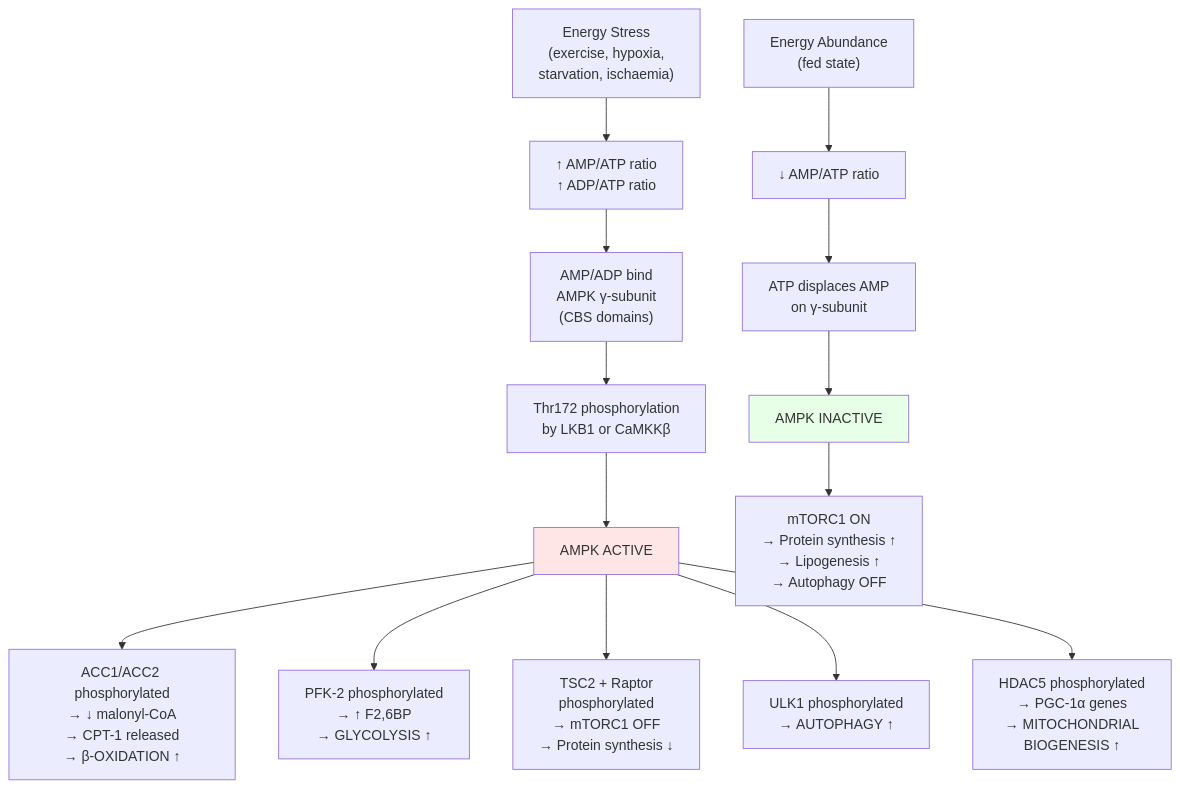
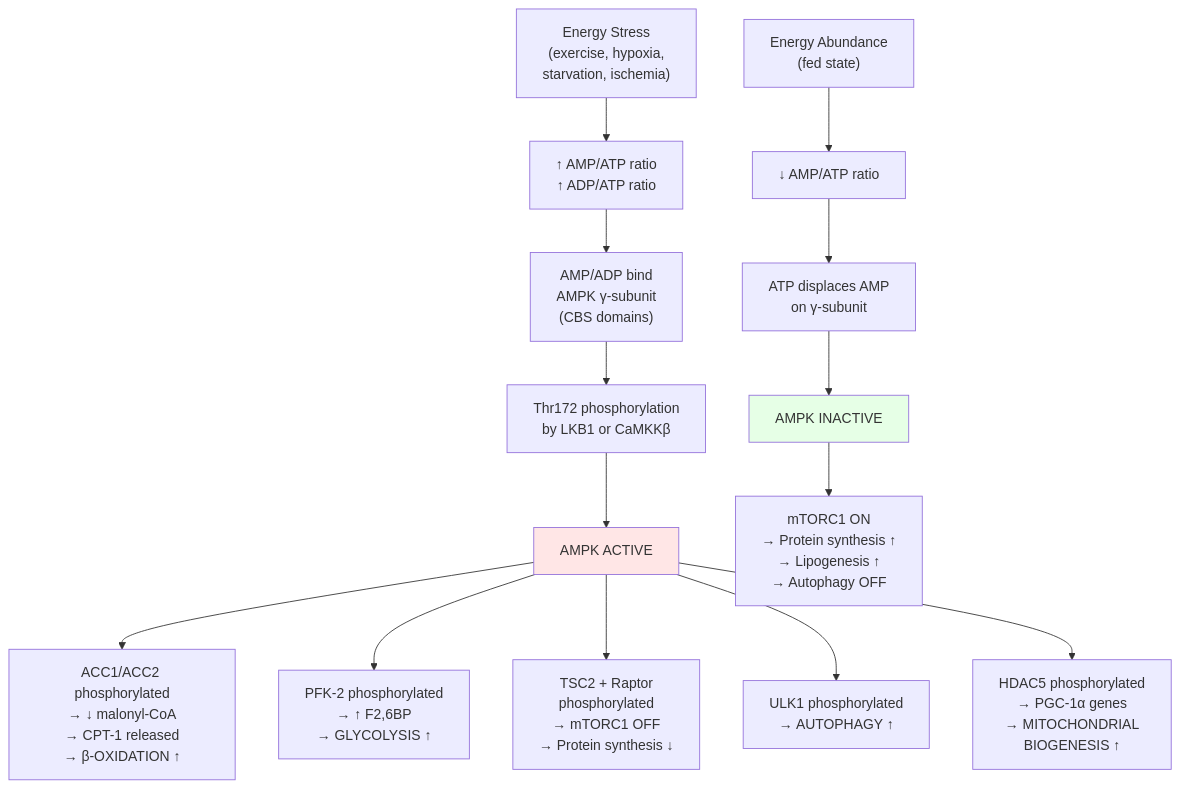
Before and after one commit to docxology/biology_textbook: the fourth of 5 diagrams in manuscript/unit_III/metabolic_integration.md, drawn with Mermaid. The commit also changed other lines of this file and 247 other files, not shown here.

````diff
--- a/manuscript/unit_III/metabolic_integration.md
+++ b/manuscript/unit_III/metabolic_integration.md
@@ -463,21 +472,21 @@
 ```mermaid
 graph TD
-    A["Energy Stress<br/>(exercise, hypoxia,<br/>starvation, ischaemia)"] --> B["↑ AMP/ATP ratio<br/>↑ ADP/ATP ratio"]
+    A["Energy Stress<br/>(exercise, hypoxia,<br/>starvation, ischemia)"] --> B["↑ AMP/ATP ratio<br/>↑ ADP/ATP ratio"]
     B --> C["AMP/ADP bind<br/>AMPK γ-subunit<br/>(CBS domains)"]
     C --> D["Thr172 phosphorylation<br/>by LKB1 or CaMKKβ"]
     D --> E["AMPK ACTIVE"]
 
     E --> F["ACC1/ACC2 phosphorylated<br/>→ ↓ malonyl-CoA<br/>→ CPT-1 released<br/>→ β-OXIDATION ↑"]
     E --> G["PFK-2 phosphorylated<br/>→ ↑ F2,6BP<br/>→ GLYCOLYSIS ↑"]
     E --> H["TSC2 + Raptor<br/>phosphorylated<br/>→ mTORC1 OFF<br/>→ Protein synthesis ↓"]
     E --> I["ULK1 phosphorylated<br/>→ AUTOPHAGY ↑"]
     E --> J["HDAC5 phosphorylated<br/>→ PGC-1α genes<br/>→ MITOCHONDRIAL<br/>BIOGENESIS ↑"]
 
     K["Energy Abundance<br/>(fed state)"] --> L["↓ AMP/ATP ratio"]
     L --> M["ATP displaces AMP<br/>on γ-subunit"]
     M --> N["AMPK INACTIVE"]
     N --> O["mTORC1 ON<br/>→ Protein synthesis ↑<br/>→ Lipogenesis ↑<br/>→ Autophagy OFF"]
 
     style E fill:#ffe6e6
     style N fill:#e6ffe6
 ```
````
